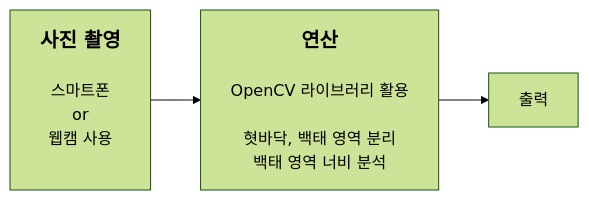
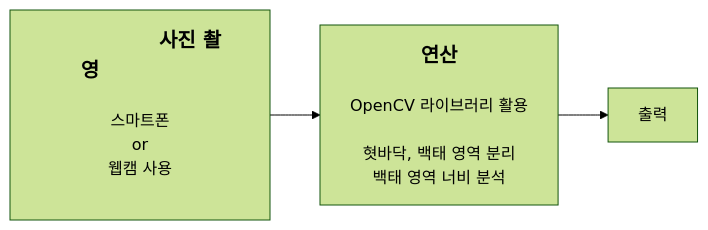
Before and after one commit to 201710808/-p: the diagram in Readme.md, drawn with Mermaid (forest theme).

````diff
--- a/Readme.md
+++ b/Readme.md
@@ -3,5 +3,5 @@
 ```mermaid
 graph LR
-A[<b><span style='font-size:20px'>사진 촬영</span></b><br><br>스마트폰\nor\n웹캠 사용<br><br>]-->B[<b><span style='font-size:20px'>연산</span></b><br><br>OpenCV 라이브러리 활용<br><br>혓바닥, 백태 영역 분리<br>백태 영역 너비 분석]
+A[<b><span style='font-size:20px'>     사진 촬영     </span></b><br><br>스마트폰\nor\n웹캠 사용<br><br>]-->B[<b><span style='font-size:20px'>연산</span></b><br><br>OpenCV 라이브러리 활용<br><br>혓바닥, 백태 영역 분리<br>백태 영역 너비 분석]
 B-->C[출력]
 ```
````
